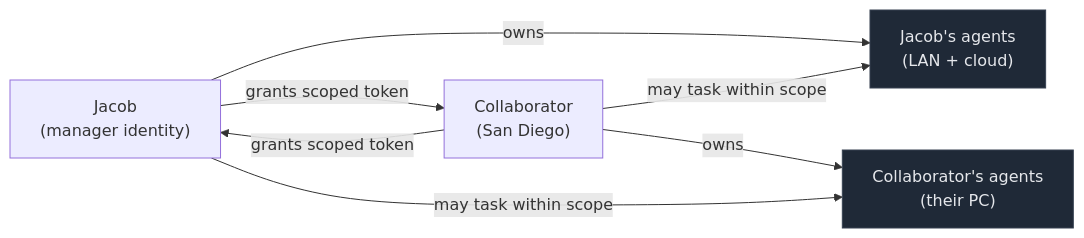
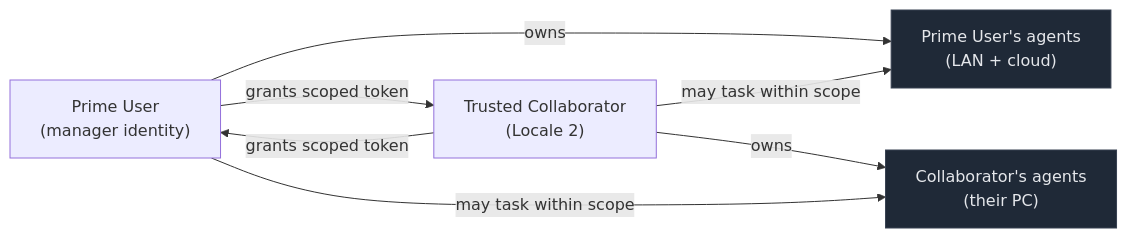
One commit to jnowat/gruper changed the third of 4 diagrams in GruperDistributedSpec.md. Above: the diagram before and after it, drawn with Mermaid. The commit also changed other lines of this file and 1 other file, not shown here.

````diff
--- a/GruperDistributedSpec.md
+++ b/GruperDistributedSpec.md
@@ -215,11 +215,11 @@
 ```mermaid
 flowchart LR
-    JM["Jacob\n(manager identity)"] -->|owns| JA["Jacob's agents\n(LAN + cloud)"]
-    CM["Collaborator\n(San Diego)"] -->|owns| CA["Collaborator's agents\n(their PC)"]
-    CM -->|grants scoped token| JM
-    JM -->|grants scoped token| CM
-    JM -->|may task within scope| CA
-    CM -->|may task within scope| JA
+    PU["Prime User\n(manager identity)"] -->|owns| PUA["Prime User's agents\n(LAN + cloud)"]
+    TC["Trusted Collaborator\n(Locale 2)"] -->|owns| TCA["Collaborator's agents\n(their PC)"]
+    TC -->|grants scoped token| PU
+    PU -->|grants scoped token| TC
+    PU -->|may task within scope| TCA
+    TC -->|may task within scope| PUA
     classDef agent fill:#1f2937,color:#e5e7eb,stroke:#374151;
-    class JA,CA agent;
+    class PUA,TCA agent;
 ```
````
